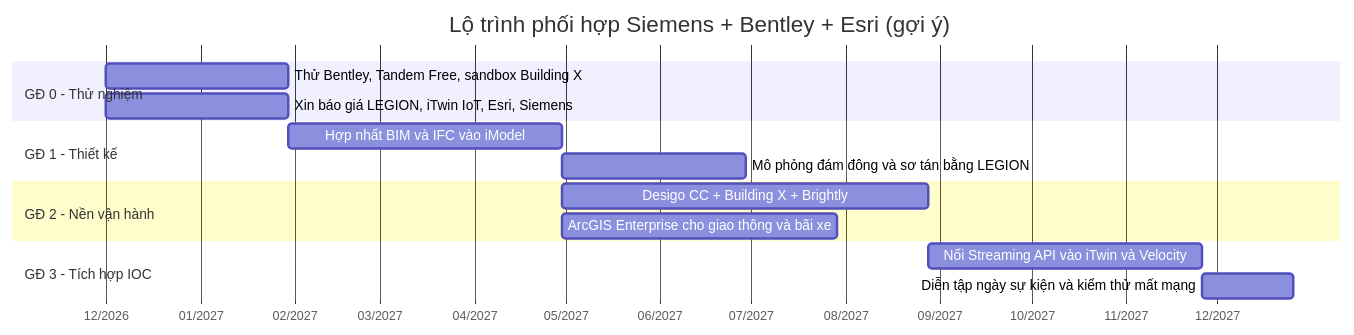
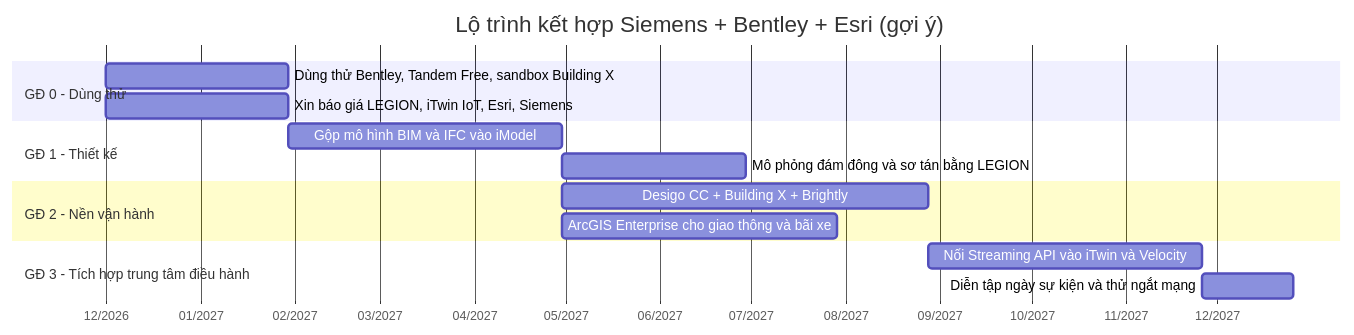
One commit to hoangtrunghieu0025-lab/internship_report changed diagram 11 of 11 in bao-cao-benchmark-tong-hop-5-he-sinh-thai.md. Above: the diagram before and after it, drawn with Mermaid. The commit also changed other lines of this file, not shown here.

````diff
--- a/bao-cao-benchmark-tong-hop-5-he-sinh-thai.md
+++ b/bao-cao-benchmark-tong-hop-5-he-sinh-thai.md
@@ -474,18 +474,18 @@
 ```mermaid
 gantt
-    title Lộ trình phối hợp Siemens + Bentley + Esri (gợi ý)
+    title Lộ trình kết hợp Siemens + Bentley + Esri (gợi ý)
     dateFormat YYYY-MM
     axisFormat %m/%Y
-    section GĐ 0 - Thử nghiệm
-    Thử Bentley, Tandem Free, sandbox Building X :p0, 2026-12, 60d
+    section GĐ 0 - Dùng thử
+    Dùng thử Bentley, Tandem Free, sandbox Building X :p0, 2026-12, 60d
     Xin báo giá LEGION, iTwin IoT, Esri, Siemens :p1, 2026-12, 60d
     section GĐ 1 - Thiết kế
-    Hợp nhất BIM và IFC vào iModel :d1, after p0, 90d
+    Gộp mô hình BIM và IFC vào iModel :d1, after p0, 90d
     Mô phỏng đám đông và sơ tán bằng LEGION :d2, after d1, 60d
     section GĐ 2 - Nền vận hành
     Desigo CC + Building X + Brightly :o1, after d1, 120d
     ArcGIS Enterprise cho giao thông và bãi xe :o2, after d1, 90d
-    section GĐ 3 - Tích hợp IOC
+    section GĐ 3 - Tích hợp trung tâm điều hành
     Nối Streaming API vào iTwin và Velocity :i1, after o1, 90d
-    Diễn tập ngày sự kiện và kiểm thử mất mạng :i2, after i1, 30d
+    Diễn tập ngày sự kiện và thử ngắt mạng :i2, after i1, 30d
 ```
````
